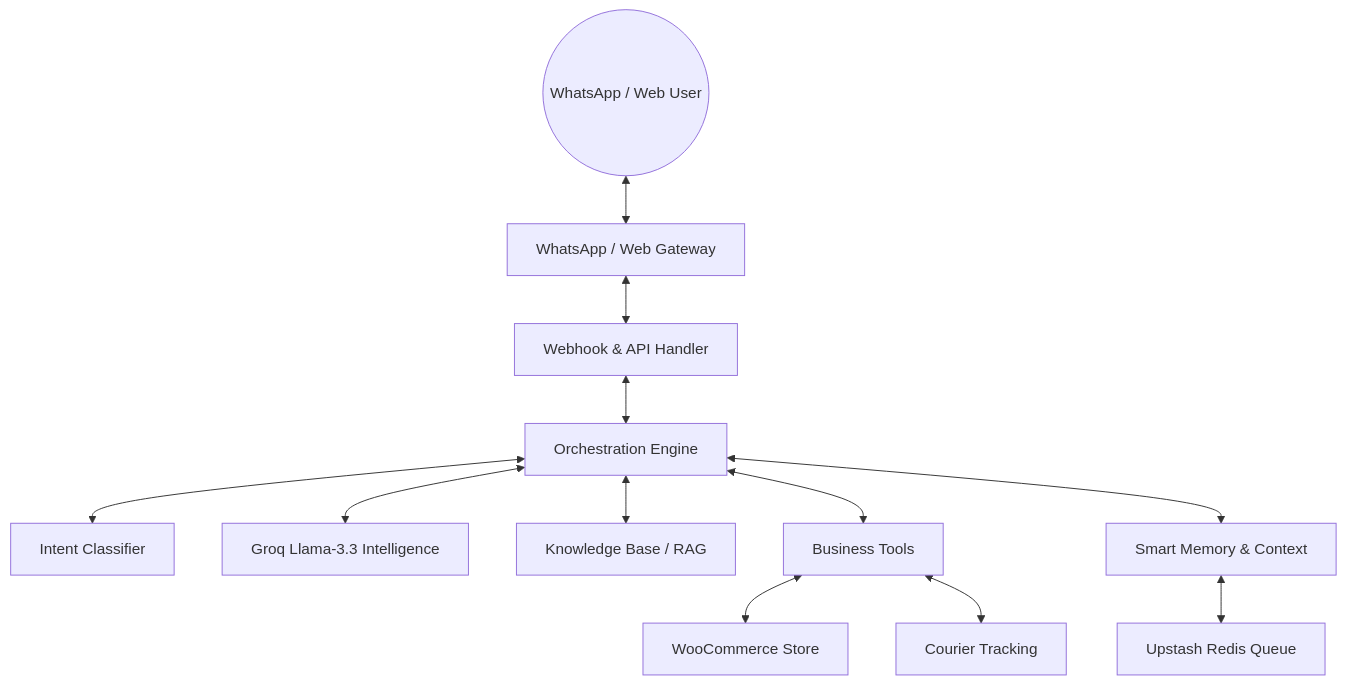
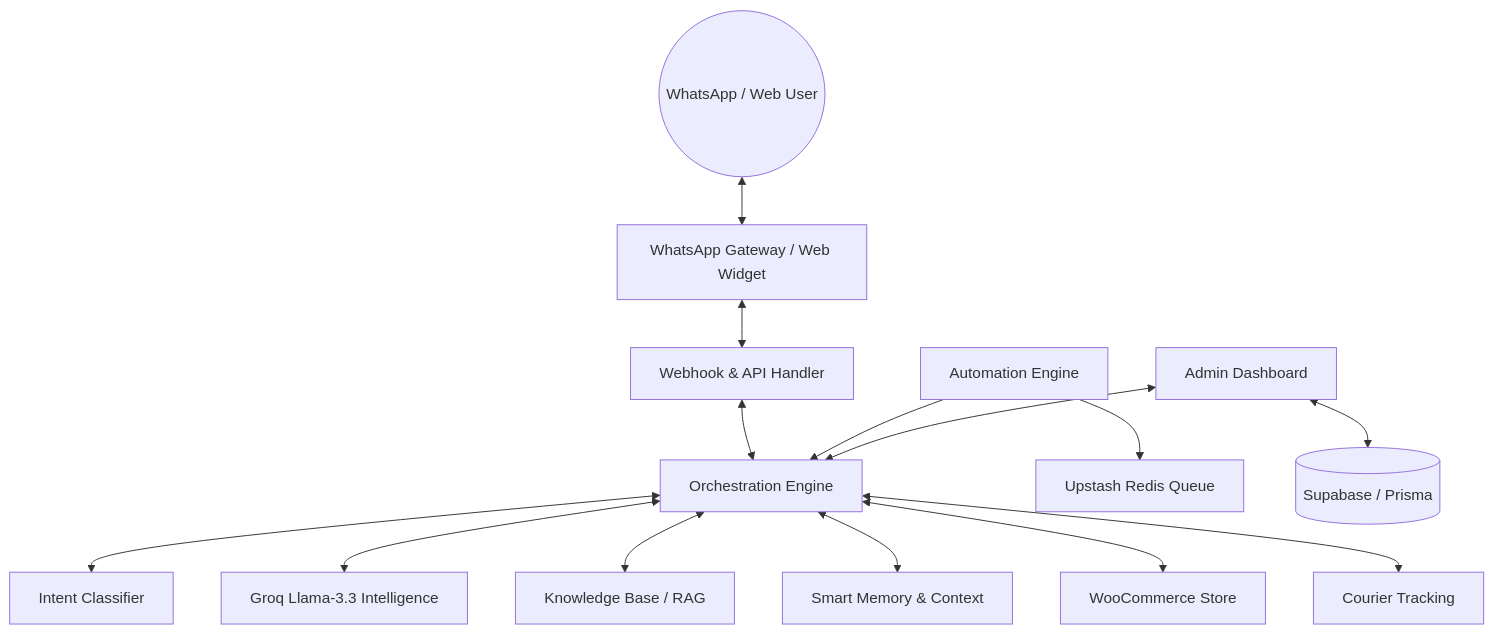
Before and after one commit to AsithaLKonara/Single-chatbot: the diagram in README.md, drawn with Mermaid. The commit also changed other lines of this file and 29 other files, not shown here.

````diff
--- a/README.md
+++ b/README.md
@@ -11,14 +11,27 @@
 ```mermaid
 graph TD
-    User((WhatsApp / Web User)) <--> WA[WhatsApp / Web Gateway]
-    WA <--> Webhook[Webhook & API Handler]
-    Webhook <--> Core[Orchestration Engine]
+    %% Channels
+    User((WhatsApp / Web User)) <--> Gateway[WhatsApp Gateway / Web Widget]
+    
+    %% Core Engine
+    Gateway <--> Handler[Webhook & API Handler]
+    Handler <--> Core[Orchestration Engine]
+    
+    %% Intelligence Layer
     Core <--> Intent[Intent Classifier]
     Core <--> Groq[Groq Llama-3.3 Intelligence]
     Core <--> RAG[Knowledge Base / RAG]
-    Core <--> Tools[Business Tools]
-    Tools <--> WC[WooCommerce Store]
-    Tools <--> CR[Courier Tracking]
     Core <--> Memory[Smart Memory & Context]
-    Memory <--> Redis[Upstash Redis Queue]
+    
+    %% Service Layer
+    Core <--> WC[WooCommerce Store]
+    Core <--> CR[Courier Tracking]
+    
+    %% Automation Layer
+    Auto[Automation Engine] --> Core
+    Auto --> Redis[Upstash Redis Queue]
+    
+    %% Admin Layer
+    Dashboard[Admin Dashboard] <--> Core
+    Dashboard <--> DB[(Supabase / Prisma)]
 ```
````
